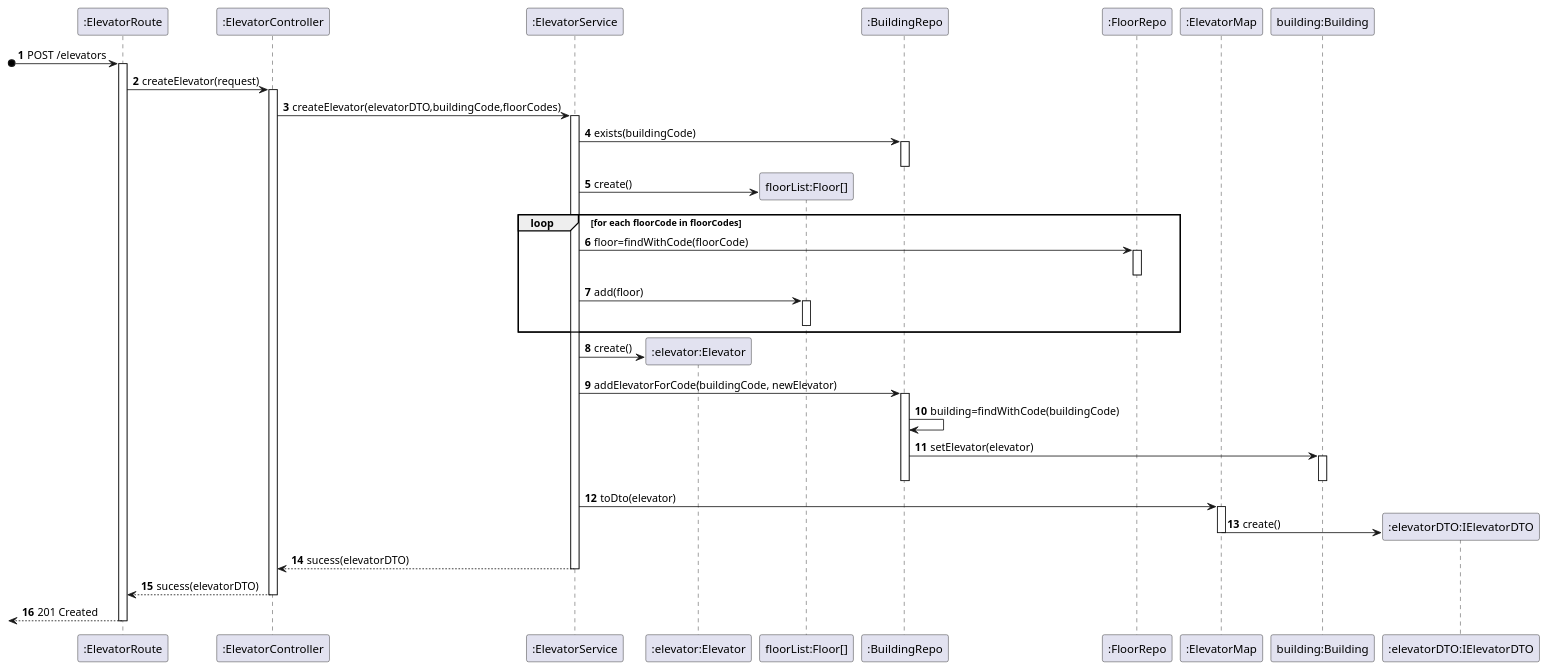
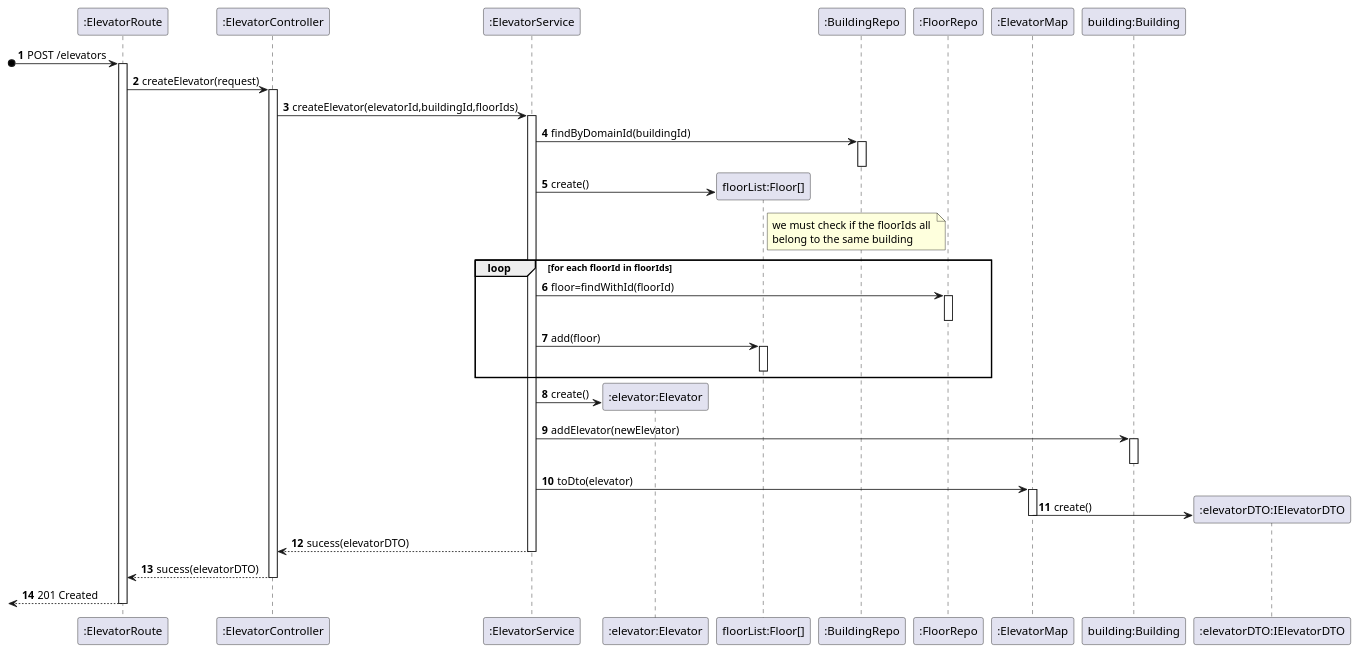
Before and after one commit to miseEnPlace-dev/lapr5: the diagram in _wiki/sprint-a/us13-270/views/level-3/process-view.puml, drawn with PlantUML. The commit also changed 20 other files, not shown here.

```diff
--- a/_wiki/sprint-a/us13-270/views/level-3/process-view.puml
+++ b/_wiki/sprint-a/us13-270/views/level-3/process-view.puml
@@ -1,52 +1,52 @@
 @startuml process-view
 autonumber
 participant ROUTE as ":ElevatorRoute"
 participant CTRL as ":ElevatorController"
 participant SRV as ":ElevatorService"
 participant ELEV as ":elevator:Elevator"
 participant FLIST as "floorList:Floor[]"
 participant BREPO as ":BuildingRepo"
 participant FREPO as ":FloorRepo"
 participant MAP as ":ElevatorMap"
 participant BUILD as "building:Building"
 participant DTO as ":elevatorDTO:IElevatorDTO"
 
 ?o-> ROUTE : POST /elevators
 activate ROUTE
 
 ROUTE -> CTRL : createElevator(request)
 activate CTRL
-CTRL -> SRV : createElevator(elevatorDTO,buildingCode,floorCodes)
+CTRL -> SRV : createElevator(elevatorId,buildingId,floorIds)
 activate SRV
-SRV -> BREPO : exists(buildingCode)
+SRV -> BREPO : findByDomainId(buildingId)
 activate BREPO
 deactivate BREPO
 SRV -> FLIST** : create()
-loop for each floorCode in floorCodes
-  SRV -> FREPO : floor=findWithCode(floorCode)
+note right of FLIST
+  we must check if the floorIds all 
+  belong to the same building
+end note
+loop for each floorId in floorIds
+  SRV -> FREPO : floor=findWithId(floorId)
   activate FREPO
   deactivate FREPO
   SRV -> FLIST : add(floor)
   activate FLIST
   deactivate FLIST
 end
 SRV -> ELEV** : create()
-SRV -> BREPO : addElevatorForCode(buildingCode, newElevator)
-activate BREPO
-BREPO -> BREPO: building=findWithCode(buildingCode)
-BREPO -> BUILD : setElevator(elevator)
+SRV -> BUILD : addElevator(newElevator)
 activate BUILD
 deactivate BUILD
-deactivate BREPO
 SRV -> MAP : toDto(elevator)
 activate MAP
 MAP -> DTO** : create()
 deactivate MAP
 SRV --> CTRL : sucess(elevatorDTO)
 deactivate SRV
 CTRL --> ROUTE : sucess(elevatorDTO)
 deactivate CTRL
 <-- ROUTE : 201 Created
 deactivate ROUTE
 
 @enduml
```
